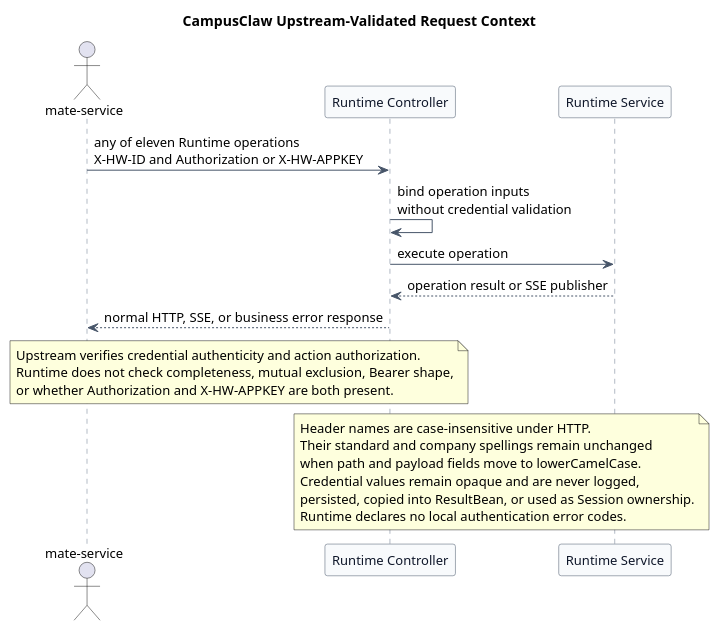
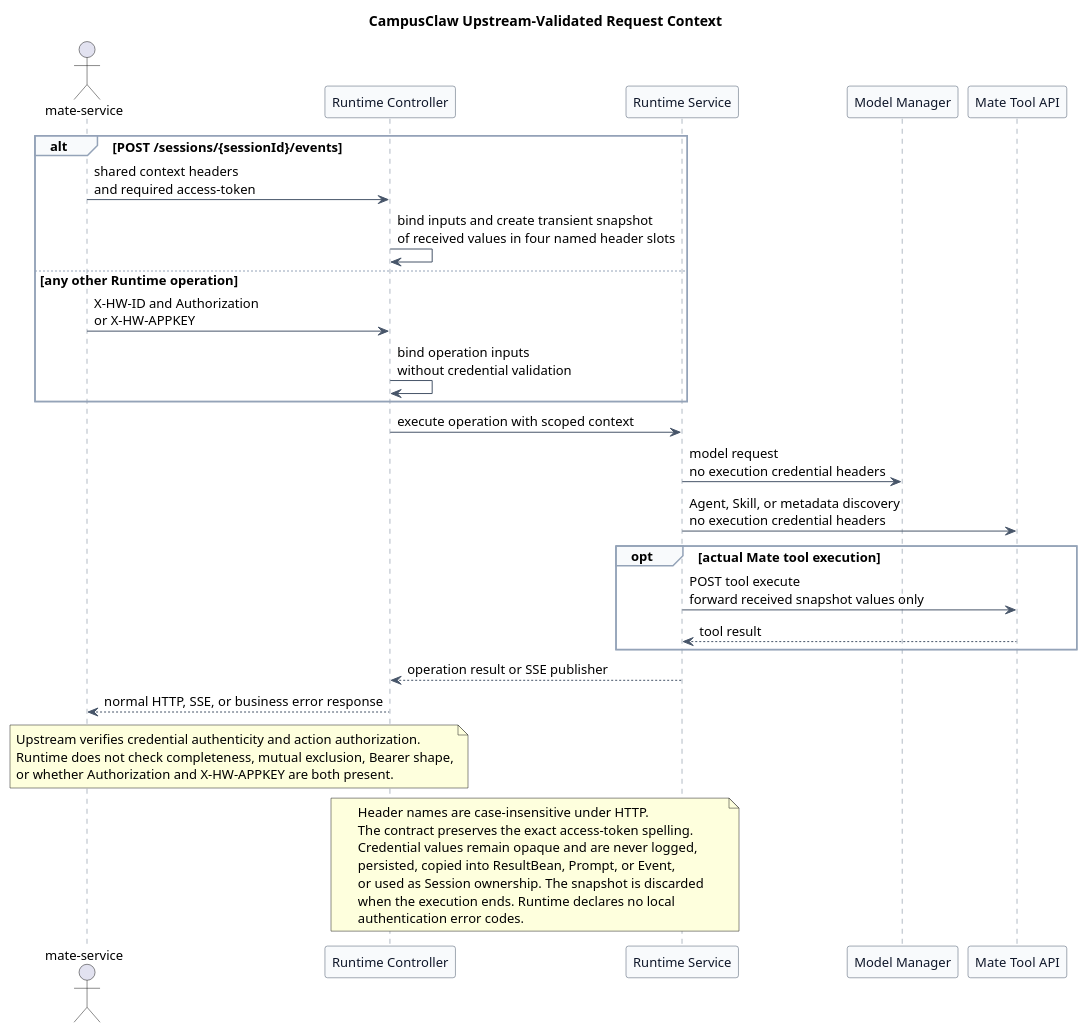
Before and after one commit to ssm0808/pi-mono-java-design: the second of 2 diagrams in 01-总体架构/01-CampusClaw多Agent运行时/设计图/HTTP契约/diagram.puml, drawn with PlantUML. The commit also changed 19 other files, not shown here.

```diff
--- a/01-总体架构/01-CampusClaw多Agent运行时/设计图/HTTP契约/diagram.puml
+++ b/01-总体架构/01-CampusClaw多Agent运行时/设计图/HTTP契约/diagram.puml
@@ -61,56 +61,72 @@
 @startuml http_dual_authentication
 title CampusClaw Upstream-Validated Request Context
 
-' Source evidence (pi-mono-java 1f801dbb82bdda30478e3354e685e3153b179a0c):
-' modules/coding-agent-cli/src/main/java/com/campusclaw/codingagent/runtimeapi/auth/RuntimeRequestAuthenticator.java.
-' modules/coding-agent-cli/src/main/java/com/campusclaw/codingagent/runtimeapi/web/RuntimeAuthenticationInterceptor.java.
-' Observed behavior: inbound JWT uses X-HW-ID and Authorization; APPKEY uses X-HW-ID and X-HW-APPKEY.
-' Observed behavior: RuntimeWebMvcConfiguration currently applies authentication to every Runtime path.
-' Architecture change: the target Runtime removes pre-Controller and Controller-local credential checks.
-' Product constraint: all eleven operations carry the shared integration-context header examples.
-' Product constraint: Runtime does not require complete pairs, reject mixed headers, parse Bearer shape,
-' or expose local authentication errors. Both credential headers may coexist.
-' Security boundary: upstream verifies credential authenticity and action authorization before forwarding.
+' Source evidence (pi-mono-java 320d790726a70aada6100052952d5494d2a378ac):
+' modules/coding-agent-cli/src/main/java/com/campusclaw/codingagent/runtimeapi/web/
+' RuntimeEventController.java: submit; RuntimeRequestContext.java: mateCredentials.
+' modules/coding-agent-cli/src/main/java/com/campusclaw/codingagent/common/client/
+' HttpMateToolClient.java: invokeTool, queryToolIdsByAgentId, queryToolIdsBySkillId, queryToolMetaByIds.
+' modules/coding-agent-cli/src/main/java/com/campusclaw/codingagent/common/dto/RequestHeaderInfo.java: toHeaders.
+' Observed behavior: Runtime captures three headers and forwards them to discovery and execute requests.
+' Java divergence: Runtime does not capture access-token; RequestHeaderInfo instead names X-Access-Token.
+' Product constraint: all operations keep shared context headers; POST Events also requires access-token.
+' Security hardening: keep received values only in one execution snapshot and never persist or log them.
+' Security boundary: discovery, model, and other calls are credential-free; only Mate execute forwards
+' the received X-HW-ID, Authorization, X-HW-APPKEY, and access-token values without renaming.
 
 skinparam backgroundColor #FFFFFF
 skinparam shadowing false
 skinparam defaultFontName Arial
 skinparam defaultFontSize 13
 skinparam participant {
   BackgroundColor #F8FAFC
   BorderColor #475569
   FontColor #0F172A
 }
 skinparam ArrowColor #475569
 skinparam sequence {
   LifeLineBorderColor #64748B
   LifeLineBackgroundColor #F8FAFC
   GroupBorderColor #94A3B8
   GroupBackgroundColor #F8FAFC
 }
 
 actor "mate-service" as Caller
 participant "Runtime Controller" as Controller
 participant "Runtime Service" as Service
+participant "Model Manager" as Model
+participant "Mate Tool API" as Mate
 
-Caller -> Controller : any of eleven Runtime operations\nX-HW-ID and Authorization or X-HW-APPKEY
-Controller -> Controller : bind operation inputs\nwithout credential validation
-Controller -> Service : execute operation
+alt POST /sessions/{sessionId}/events
+  Caller -> Controller : shared context headers\nand required access-token
+  Controller -> Controller : bind inputs and create transient snapshot\nof received values in four named header slots
+else any other Runtime operation
+  Caller -> Controller : X-HW-ID and Authorization\nor X-HW-APPKEY
+  Controller -> Controller : bind operation inputs\nwithout credential validation
+end
+Controller -> Service : execute operation with scoped context
+Service -> Model : model request\nno execution credential headers
+Service -> Mate : Agent, Skill, or metadata discovery\nno execution credential headers
+opt actual Mate tool execution
+  Service -> Mate : POST tool execute\nforward received snapshot values only
+  Mate --> Service : tool result
+end
 Service --> Controller : operation result or SSE publisher
 Controller --> Caller : normal HTTP, SSE, or business error response
 
 note over Caller,Controller
 Upstream verifies credential authenticity and action authorization.
 Runtime does not check completeness, mutual exclusion, Bearer shape,
 or whether Authorization and X-HW-APPKEY are both present.
 end note
 
 note over Controller,Service
 Header names are case-insensitive under HTTP.
-Their standard and company spellings remain unchanged
-when path and payload fields move to lowerCamelCase.
+The contract preserves the exact access-token spelling.
 Credential values remain opaque and are never logged,
-persisted, copied into ResultBean, or used as Session ownership.
-Runtime declares no local authentication error codes.
+persisted, copied into ResultBean, Prompt, or Event,
+or used as Session ownership. The snapshot is discarded
+when the execution ends. Runtime declares no local
+authentication error codes.
 end note
 @enduml
```
